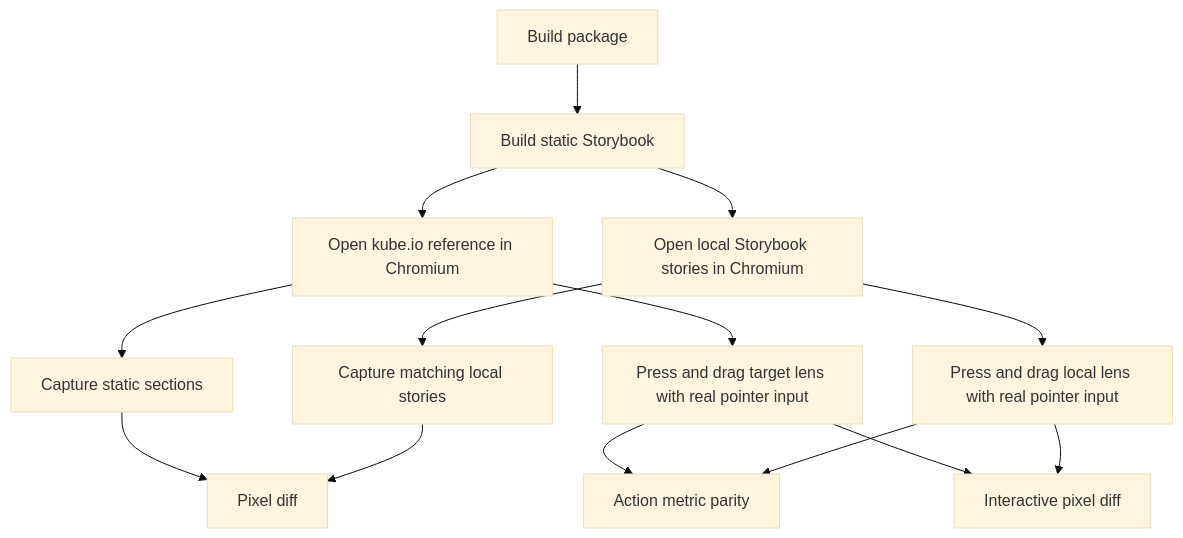
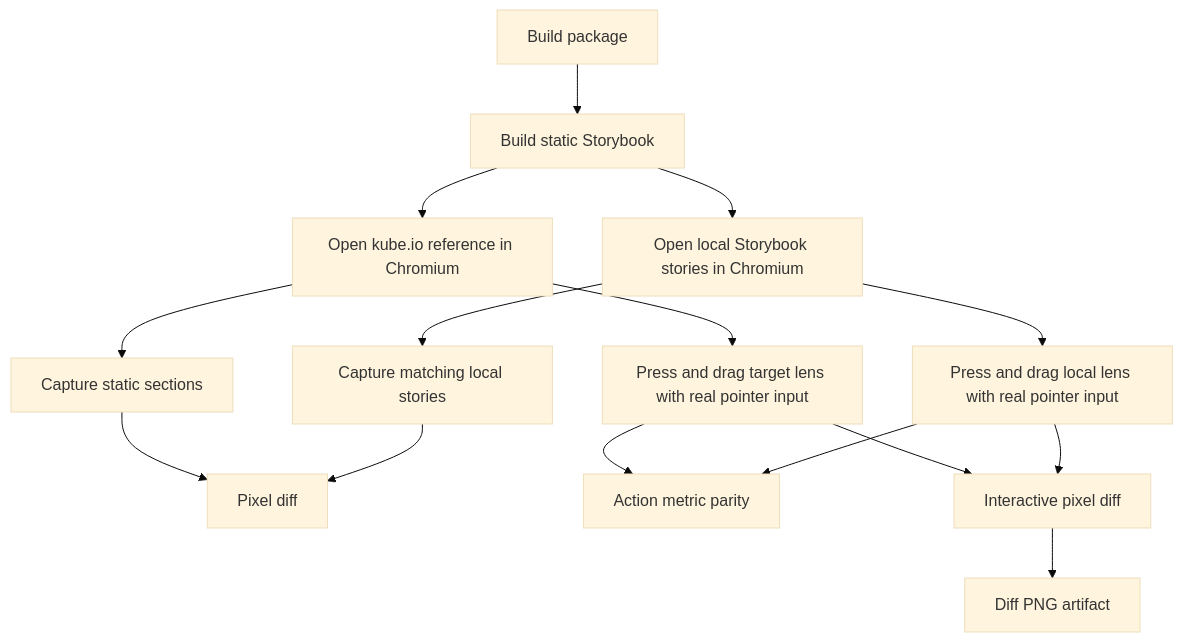
The diagram in packages/liquid-glass/docs/kube-parity-gate.md (clean99/clean99.github.io), drawn with Mermaid (base theme) before and after one commit. The commit also changed other lines of this file and 20 other files, not shown here.

````diff
--- a/packages/liquid-glass/docs/kube-parity-gate.md
+++ b/packages/liquid-glass/docs/kube-parity-gate.md
@@ -9,16 +9,17 @@
 ```mermaid
 flowchart TD
   A["Build package"] --> B["Build static Storybook"]
   B --> C["Open kube.io reference in Chromium"]
   B --> D["Open local Storybook stories in Chromium"]
   C --> E["Capture static sections"]
   D --> F["Capture matching local stories"]
   C --> G["Press and drag target lens with real pointer input"]
   D --> H["Press and drag local lens with real pointer input"]
   E --> I["Pixel diff"]
   F --> I
   G --> J["Action metric parity"]
   H --> J
   G --> K["Interactive pixel diff"]
   H --> K
+  K --> L["Diff PNG artifact"]
 ```
````
